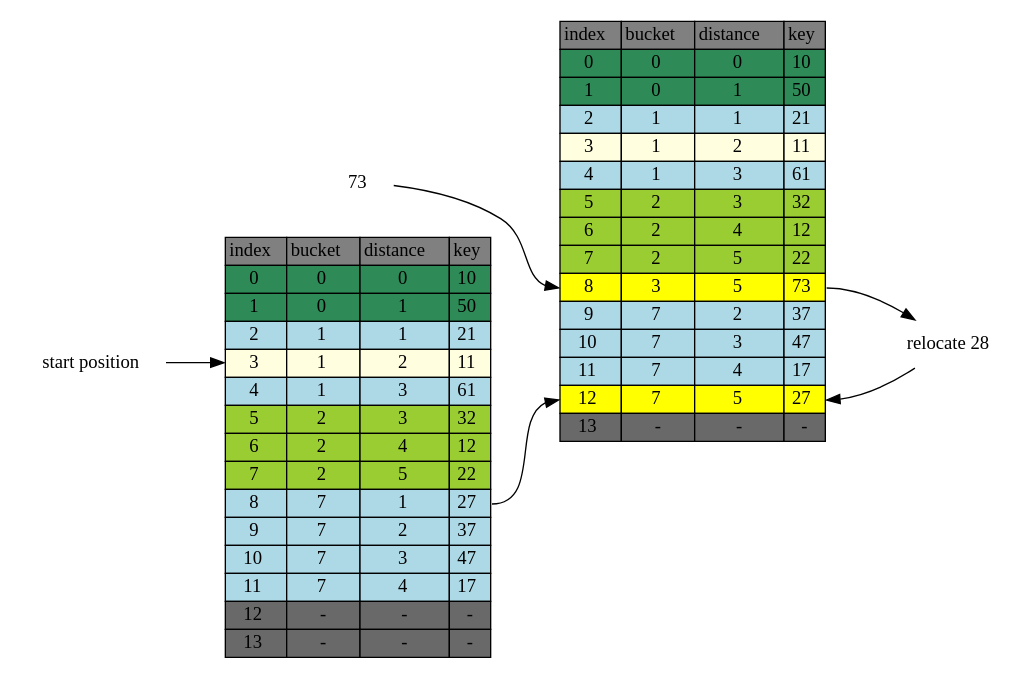
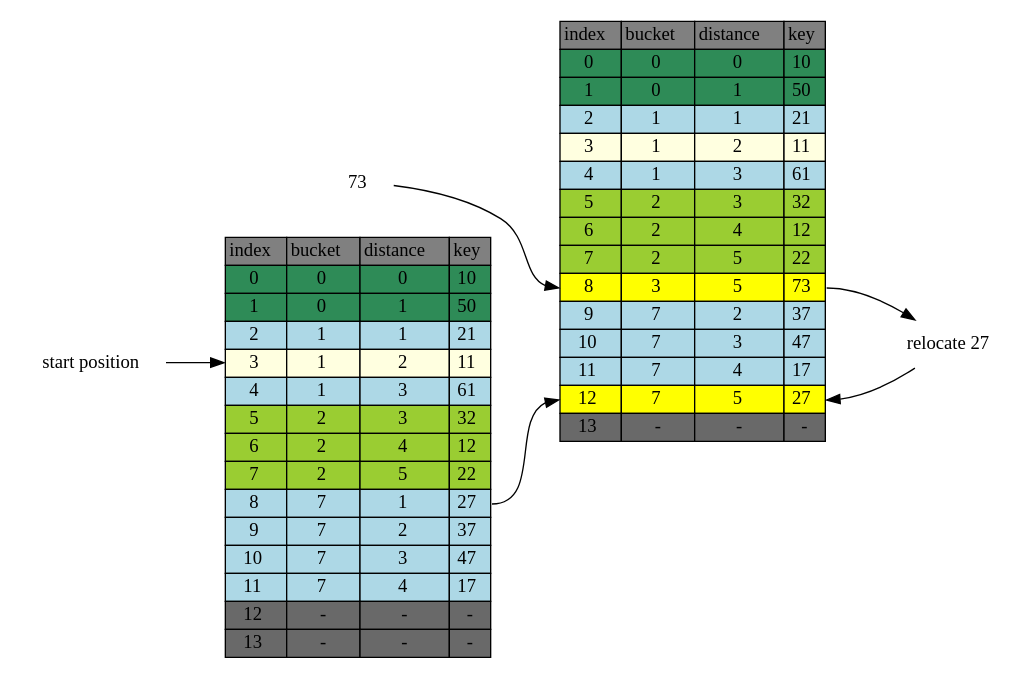
One commit to jasonlue/digest changed the diagram in hashing/cluster-insert-73.dot. Above: the diagram before and after it, drawn with Graphviz. The commit also changed 2 other files, not shown here.

```diff
--- a/hashing/cluster-insert-73.dot
+++ b/hashing/cluster-insert-73.dot
@@ -1,199 +1,199 @@
 digraph table{
     rankdir=LR
     node[shape=plaintext]
 
     table[label=<
         <TABLE BORDER="0" CELLBORDER="1" CELLSPACING="0">
             <TR>
                 <TD BGCOLOR="grey">index</TD>
                 <TD BGCOLOR="grey">bucket</TD>
                 <TD BGCOLOR="grey">distance</TD>
                 <TD BGCOLOR="grey">key</TD>
             </TR>           
             <TR>
                 <TD BGCOLOR="seagreen" PORT="i0">0</TD>
                 <TD BGCOLOR="seagreen">0</TD>
                 <TD BGCOLOR="seagreen">0</TD>
                 <TD BGCOLOR="seagreen" PORT="k0">10</TD>
             </TR>           
             <TR>
                 <TD BGCOLOR="seagreen" PORT="i1">1</TD>
                 <TD BGCOLOR="seagreen">0</TD>
                 <TD BGCOLOR="seagreen">1</TD>
                 <TD BGCOLOR="seagreen" PORT="k1">50</TD>
             </TR>           
             <TR>
                 <TD BGCOLOR="lightblue" PORT="i2">2</TD>
                 <TD BGCOLOR="lightblue">1</TD>
                 <TD BGCOLOR="lightblue">1</TD>
                 <TD BGCOLOR="lightblue" PORT="k2">21</TD>
             </TR>           
             <TR>
                 <TD BGCOLOR="lightyellow" PORT="i3">3</TD>
                 <TD BGCOLOR="lightyellow">1</TD>
                 <TD BGCOLOR="lightyellow">2</TD>
                 <TD BGCOLOR="lightyellow" PORT="k3">11</TD>
             </TR>           
             <TR>
                 <TD BGCOLOR="lightblue" PORT="i4">4</TD>
                 <TD BGCOLOR="lightblue">1</TD>
                 <TD BGCOLOR="lightblue">3</TD>
                 <TD BGCOLOR="lightblue" PORT="k4">61</TD>
             </TR>           
             <TR>
                 <TD BGCOLOR="yellowgreen" PORT="i5">5</TD>
                 <TD BGCOLOR="yellowgreen">2</TD>
                 <TD BGCOLOR="yellowgreen">3</TD>
                 <TD BGCOLOR="yellowgreen" PORT="k5">32</TD>
             </TR>
             <TR>
                 <TD BGCOLOR="yellowgreen" PORT="i6">6</TD>
                 <TD BGCOLOR="yellowgreen">2</TD>
                 <TD BGCOLOR="yellowgreen">4</TD>
                 <TD BGCOLOR="yellowgreen" PORT="k6">12</TD> 
             </TR>           
             <TR>
                 <TD BGCOLOR="yellowgreen" PORT="i7">7</TD>
                 <TD BGCOLOR="yellowgreen">2</TD>
                 <TD BGCOLOR="yellowgreen">5</TD>
                 <TD BGCOLOR="yellowgreen" PORT="k7">22</TD>
             </TR>           
             <TR>
                 <TD BGCOLOR="lightblue" PORT="i8">8</TD>
                 <TD BGCOLOR="lightblue">7</TD>
                 <TD BGCOLOR="lightblue">1</TD>
                 <TD BGCOLOR="lightblue" PORT="k8">27</TD>
             </TR>           
             <TR>
                 <TD BGCOLOR="lightblue" PORT="i9">9</TD>
                 <TD BGCOLOR="lightblue">7</TD>
                 <TD BGCOLOR="lightblue">2</TD>
                 <TD BGCOLOR="lightblue" PORT="k9">37</TD>
             </TR>           
             <TR>
                 <TD BGCOLOR="lightblue" PORT="i10">10</TD>
                 <TD BGCOLOR="lightblue">7</TD>
                 <TD BGCOLOR="lightblue">3</TD>
                 <TD BGCOLOR="lightblue" PORT="k10">47</TD>
             </TR>           
             <TR>
                 <TD BGCOLOR="lightblue" PORT="i11">11</TD>
                 <TD BGCOLOR="lightblue">7</TD>
                 <TD BGCOLOR="lightblue">4</TD>
                 <TD BGCOLOR="lightblue" PORT="k11">17</TD>
             </TR>           
             <TR>
                 <TD BGCOLOR="dimgrey" PORT="i12">12</TD>
                 <TD BGCOLOR="dimgrey">-</TD>
                 <TD BGCOLOR="dimgrey">-</TD>
                 <TD BGCOLOR="dimgrey" PORT="k12">-</TD>
             </TR>           
             <TR>
                 <TD BGCOLOR="dimgrey" PORT="i13">13</TD>
                 <TD BGCOLOR="dimgrey">-</TD>
                 <TD BGCOLOR="dimgrey">-</TD>
                 <TD BGCOLOR="dimgrey" PORT="k13">-</TD>
             </TR>           
         </TABLE>
     >]
      table2[label=<
         <TABLE BORDER="0" CELLBORDER="1" CELLSPACING="0">
             <TR>
                 <TD BGCOLOR="grey">index</TD>
                 <TD BGCOLOR="grey">bucket</TD>
                 <TD BGCOLOR="grey">distance</TD>
                 <TD BGCOLOR="grey">key</TD>
             </TR>           
             <TR>
                 <TD BGCOLOR="seagreen" PORT="i0">0</TD>
                 <TD BGCOLOR="seagreen">0</TD>
                 <TD BGCOLOR="seagreen">0</TD>
                 <TD BGCOLOR="seagreen" PORT="k0">10</TD>
             </TR>           
             <TR>
                 <TD BGCOLOR="seagreen" PORT="i1">1</TD>
                 <TD BGCOLOR="seagreen">0</TD>
                 <TD BGCOLOR="seagreen">1</TD>
                 <TD BGCOLOR="seagreen" PORT="k1">50</TD>
             </TR>           
             <TR>
                 <TD BGCOLOR="lightblue" PORT="i2">2</TD>
                 <TD BGCOLOR="lightblue">1</TD>
                 <TD BGCOLOR="lightblue">1</TD>
                 <TD BGCOLOR="lightblue" PORT="k2">21</TD>
             </TR>           
             <TR>
                 <TD BGCOLOR="lightyellow" PORT="i3">3</TD>
                 <TD BGCOLOR="lightyellow">1</TD>
                 <TD BGCOLOR="lightyellow">2</TD>
                 <TD BGCOLOR="lightyellow" PORT="k3">11</TD>
             </TR>           
             <TR>
                 <TD BGCOLOR="lightblue" PORT="i4">4</TD>
                 <TD BGCOLOR="lightblue">1</TD>
                 <TD BGCOLOR="lightblue">3</TD>
                 <TD BGCOLOR="lightblue" PORT="k4">61</TD>
             </TR>           
             <TR>
                 <TD BGCOLOR="yellowgreen" PORT="i5">5</TD>
                 <TD BGCOLOR="yellowgreen">2</TD>
                 <TD BGCOLOR="yellowgreen">3</TD>
                 <TD BGCOLOR="yellowgreen" PORT="k5">32</TD>
             </TR>
             <TR>
                 <TD BGCOLOR="yellowgreen" PORT="i6">6</TD>
                 <TD BGCOLOR="yellowgreen">2</TD>
                 <TD BGCOLOR="yellowgreen">4</TD>
                 <TD BGCOLOR="yellowgreen" PORT="k6">12</TD> 
             </TR>           
             <TR>
                 <TD BGCOLOR="yellowgreen" PORT="i7">7</TD>
                 <TD BGCOLOR="yellowgreen">2</TD>
                 <TD BGCOLOR="yellowgreen">5</TD>
                 <TD BGCOLOR="yellowgreen" PORT="k7">22</TD>
             </TR>           
             <TR>
                 <TD BGCOLOR="yellow" PORT="i8">8</TD>
                 <TD BGCOLOR="yellow">3</TD>
                 <TD BGCOLOR="yellow">5</TD>
                 <TD BGCOLOR="yellow" PORT="k8">73</TD>
             </TR>           
             <TR>
                 <TD BGCOLOR="lightblue" PORT="i9">9</TD>
                 <TD BGCOLOR="lightblue">7</TD>
                 <TD BGCOLOR="lightblue">2</TD>
                 <TD BGCOLOR="lightblue" PORT="k9">37</TD>
             </TR>           
             <TR>
                 <TD BGCOLOR="lightblue" PORT="i10">10</TD>
                 <TD BGCOLOR="lightblue">7</TD>
                 <TD BGCOLOR="lightblue">3</TD>
                 <TD BGCOLOR="lightblue" PORT="k10">47</TD>
             </TR>           
             <TR>
                 <TD BGCOLOR="lightblue" PORT="i11">11</TD>
                 <TD BGCOLOR="lightblue">7</TD>
                 <TD BGCOLOR="lightblue">4</TD>
                 <TD BGCOLOR="lightblue" PORT="k11">17</TD>
             </TR>           
             <TR>
                 <TD BGCOLOR="yellow" PORT="i12">12</TD>
                 <TD BGCOLOR="yellow">7</TD>
                 <TD BGCOLOR="yellow">5</TD>
                 <TD BGCOLOR="yellow" PORT="k12">27</TD>
             </TR>           
             <TR>
                 <TD BGCOLOR="dimgrey" PORT="i13">13</TD>
                 <TD BGCOLOR="dimgrey">-</TD>
                 <TD BGCOLOR="dimgrey">-</TD>
                 <TD BGCOLOR="dimgrey" PORT="k13">-</TD>
             </TR>           
         </TABLE>
     >]
 
  "start position" -> table:i3
  "73"->table2:i8
 
  table:k8->table2:i12
- table2:k8->"relocate 28" -> table2:k12
+ table2:k8->"relocate 27" -> table2:k12
 }
```
